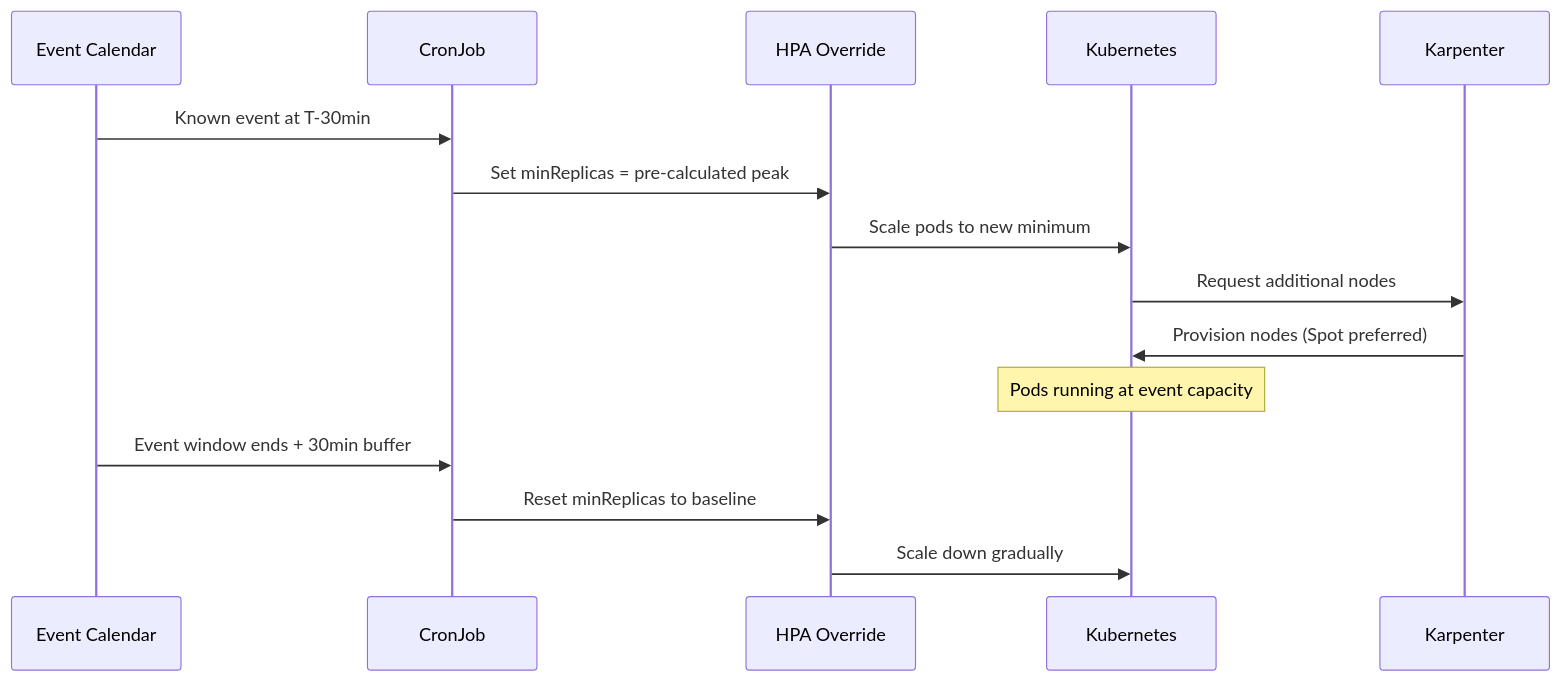
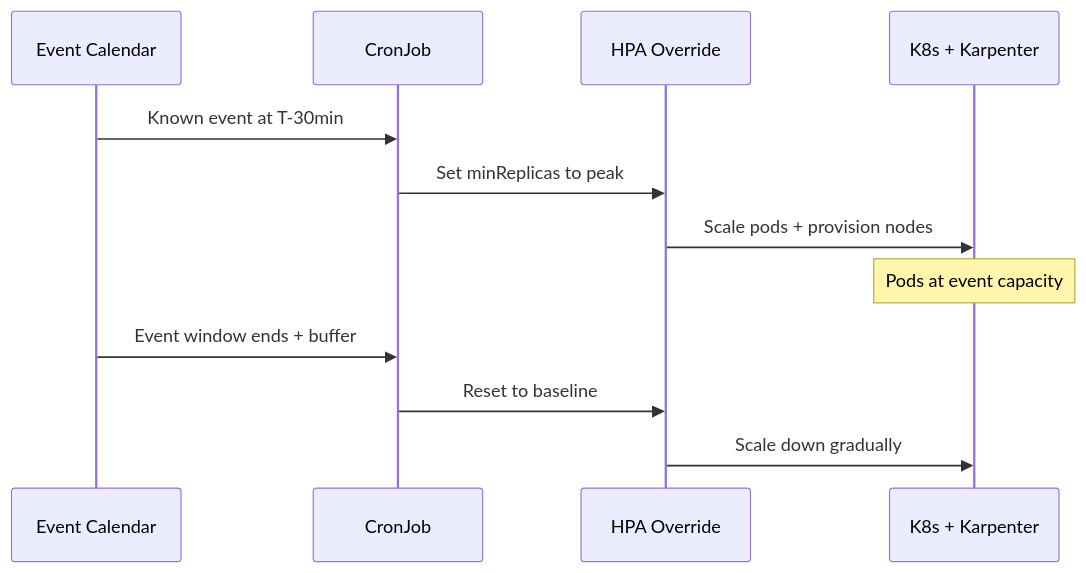
One commit to rishikeshdhokare/platform-manifesto changed the third of 4 diagrams in 04-infrastructure-and-cloud/06-capacity-planning.md. Above: the diagram before and after it, drawn with Mermaid. The commit also changed other lines of this file and 1 other file, not shown here.

Commit message:
fix: split Mermaid sequence diagrams exceeding participant limit
- Privacy engineering: split 10-participant deletion diagram into two
  focused diagrams (initiation + service cascade)
- Capacity planning: merge Kubernetes and Karpenter into one participant
  to stay within the 5-participant limit

Closes #282

Made-with: Cursor

````diff
--- a/04-infrastructure-and-cloud/06-capacity-planning.md
+++ b/04-infrastructure-and-cloud/06-capacity-planning.md
@@ -140,18 +142,15 @@
 ```mermaid
 sequenceDiagram
     participant Cal as Event Calendar
     participant CJ as CronJob
     participant HPA as HPA Override
-    participant K8s as Kubernetes
-    participant Karp as Karpenter
+    participant K8s as K8s + Karpenter
 
     Cal->>CJ: Known event at T-30min
-    CJ->>HPA: Set minReplicas = pre-calculated peak
-    HPA->>K8s: Scale pods to new minimum
-    K8s->>Karp: Request additional nodes
-    Karp->>K8s: Provision nodes (Spot preferred)
-    Note over K8s: Pods running at event capacity
-    Cal->>CJ: Event window ends + 30min buffer
-    CJ->>HPA: Reset minReplicas to baseline
+    CJ->>HPA: Set minReplicas to peak
+    HPA->>K8s: Scale pods + provision nodes
+    Note over K8s: Pods at event capacity
+    Cal->>CJ: Event window ends + buffer
+    CJ->>HPA: Reset to baseline
     HPA->>K8s: Scale down gradually
 ```
````
